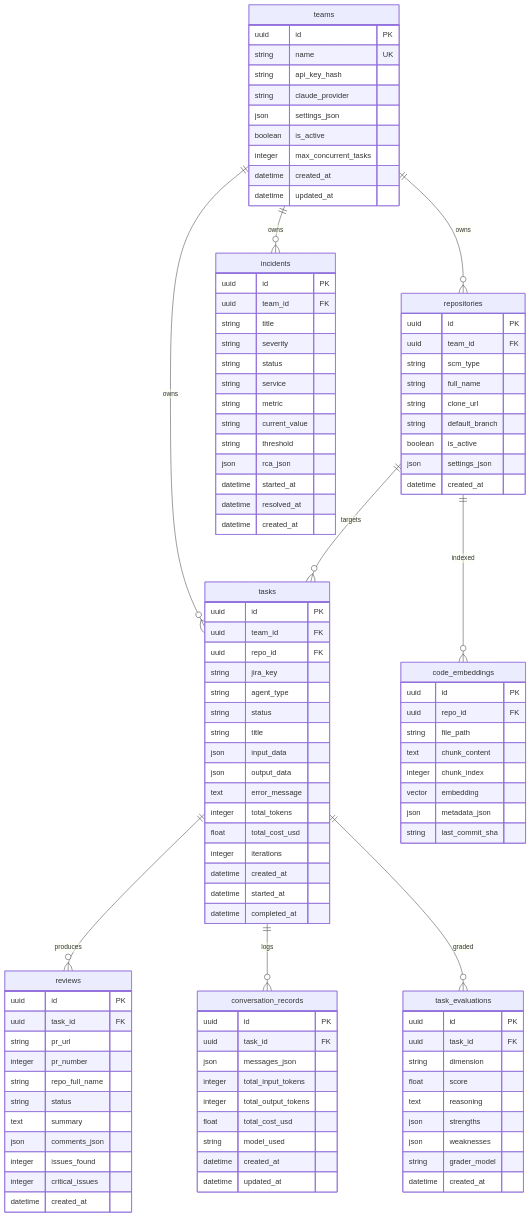
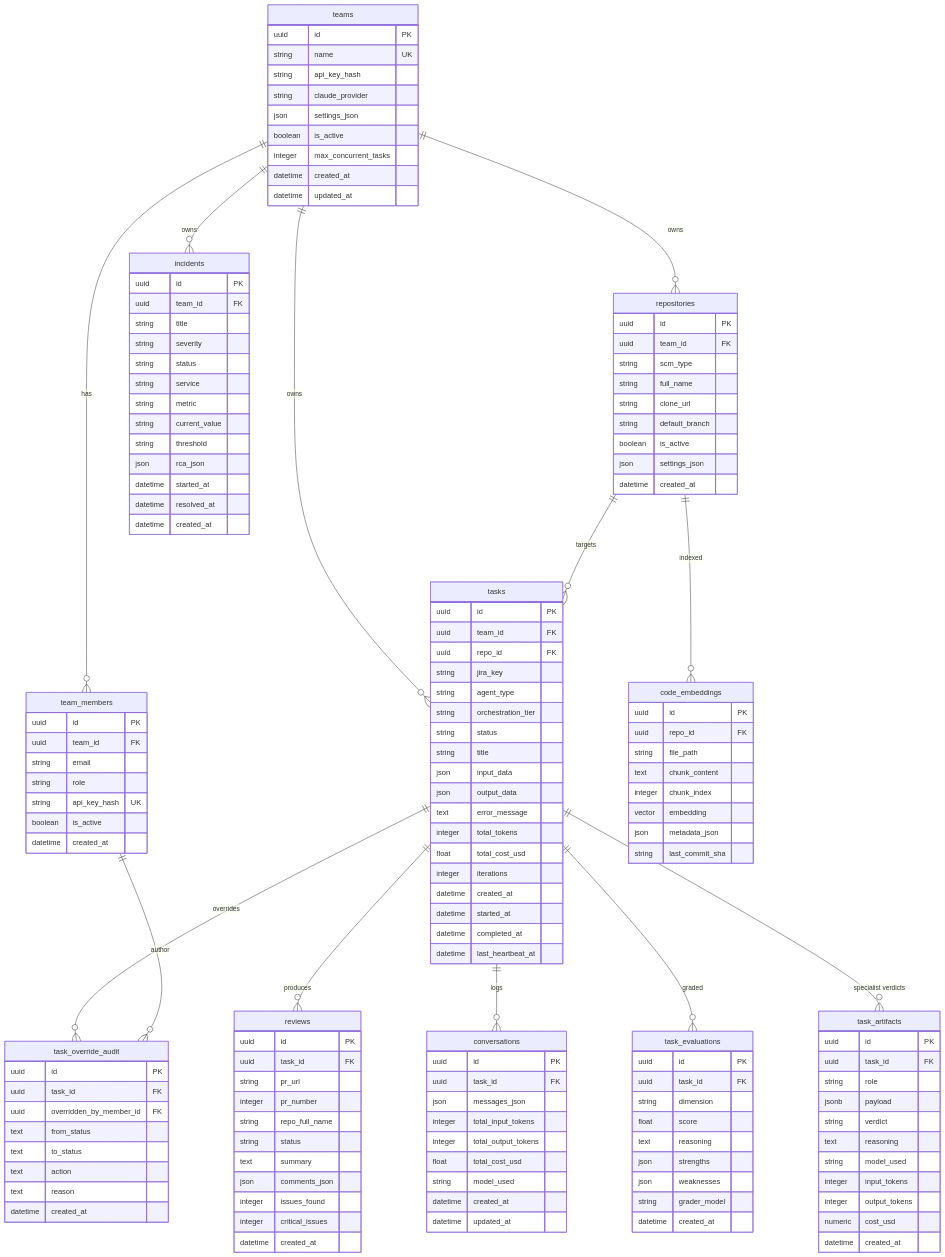
The diagram in docs/architecture/01-database-er.md (TeaSui/ai-driven), drawn with Mermaid before and after one commit. The commit also changed other lines of this file, not shown here.

Commit message:
docs(arch): refresh 01-database-er for Phase 2 tables + statuses

````diff
--- a/docs/architecture/01-database-er.md
+++ b/docs/architecture/01-database-er.md
@@ -14,6 +15,15 @@
         integer max_concurrent_tasks
         datetime created_at
         datetime updated_at
+    }
+    team_members {
+        uuid id PK
+        uuid team_id FK
+        string email
+        string role
+        string api_key_hash UK
+        boolean is_active
+        datetime created_at
     }
     repositories {
         uuid id PK
@@ -32,6 +42,7 @@
         uuid repo_id FK
         string jira_key
         string agent_type
+        string orchestration_tier
         string status
         string title
         json input_data
@@ -43,6 +54,7 @@
         datetime created_at
         datetime started_at
         datetime completed_at
+        datetime last_heartbeat_at
     }
     reviews {
         uuid id PK
@@ -72,7 +84,7 @@
         datetime resolved_at
         datetime created_at
     }
-    conversation_records {
+    conversations {
         uuid id PK
         uuid task_id FK
         json messages_json
@@ -104,13 +116,40 @@
         string grader_model
         datetime created_at
     }
+    task_artifacts {
+        uuid id PK
+        uuid task_id FK
+        string role
+        jsonb payload
+        string verdict
+        text reasoning
+        string model_used
+        integer input_tokens
+        integer output_tokens
+        numeric cost_usd
+        datetime created_at
+    }
+    task_override_audit {
+        uuid id PK
+        uuid task_id FK
+        uuid overridden_by_member_id FK
+        text from_status
+        text to_status
+        text action
+        text reason
+        datetime created_at
+    }
 
+    teams ||--o{ team_members : "has"
     teams ||--o{ repositories : "owns"
     teams ||--o{ tasks : "owns"
     teams ||--o{ incidents : "owns"
     repositories ||--o{ tasks : "targets"
     repositories ||--o{ code_embeddings : "indexed"
     tasks ||--o{ reviews : "produces"
-    tasks ||--o{ conversation_records : "logs"
+    tasks ||--o{ conversations : "logs"
     tasks ||--o{ task_evaluations : "graded"
+    tasks ||--o{ task_artifacts : "specialist verdicts"
+    tasks ||--o{ task_override_audit : "overrides"
+    team_members ||--o{ task_override_audit : "author"
 ```
````
